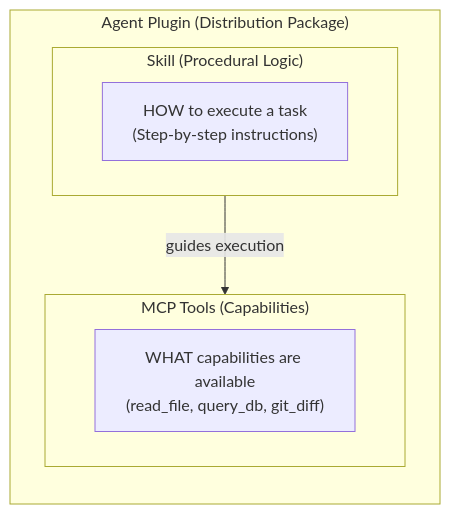
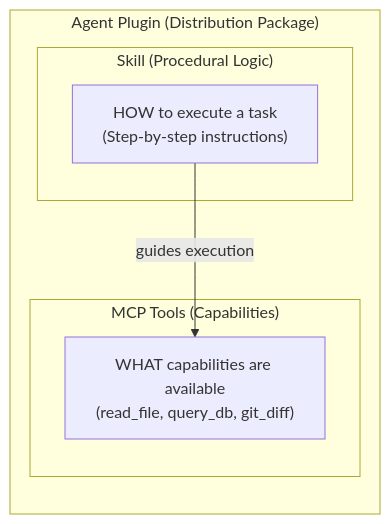
Before and after one commit to santoshkkashyap25/santoshkkashyap25.github.io: the third of 5 diagrams in posts/mcp-explained-from-first-principles.md, drawn with Mermaid. The commit also changed 1 other file, not shown here.

Commit message:
fix(mermaid): hide markdown dividers and update Diagram 3 syntax

````diff
--- a/posts/mcp-explained-from-first-principles.md
+++ b/posts/mcp-explained-from-first-principles.md
@@ -343,13 +343,13 @@
 ```mermaid
 flowchart TD
     subgraph Plugin["Agent Plugin (Distribution Package)"]
         direction TB
         subgraph Skill["Skill (Procedural Logic)"]
             S["HOW to execute a task\n(Step-by-step instructions)"]
         end
         subgraph MCP["MCP Tools (Capabilities)"]
             T["WHAT capabilities are available\n(read_file, query_db, git_diff)"]
         end
-        Skill -->|guides execution| MCP
+        S -->|guides execution| T
     end
 ```
````
